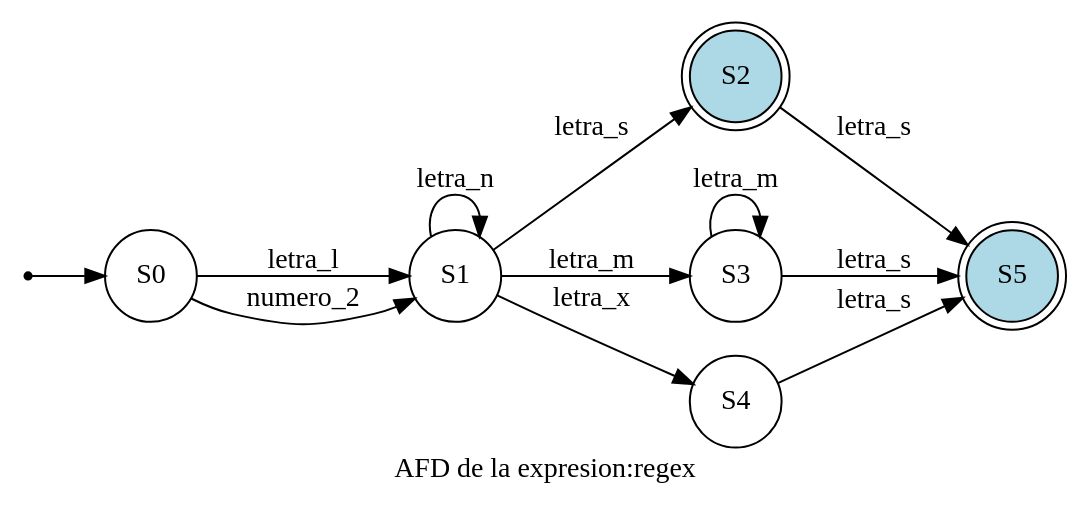
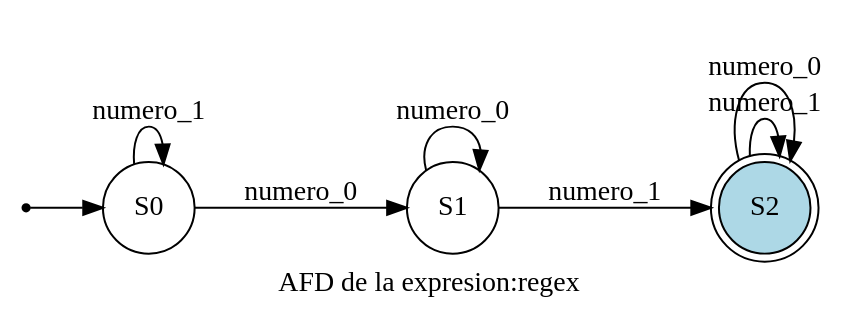
Before and after one commit to walterjav19/OLC1_202111718_Proyecto1: the diagram in src/main/java/Graphviz/AFD_regex.dot, drawn with Graphviz. The commit also changed 32 other files, not shown here.

```diff
--- a/src/main/java/Graphviz/AFD_regex.dot
+++ b/src/main/java/Graphviz/AFD_regex.dot
@@ -1,11 +1,10 @@
 digraph AFD {
     rankdir=LR;
 
 
     
     node [shape = point ]; qi
 
     node [shape = circle];qi ->S0;
-S0 -> S1 [ label = "letra_l" ];S0 -> S1 [ label = "numero_2" ];S1 -> S1 [ label = "letra_n" ];S1 -> S2 [ label = "letra_s" ];S1 -> S3 [ label = "letra_m" ];S1 -> S4 [ label = "letra_x" ];S2 [shape = doublecircle style=filled, fillcolor=lightblue];
-S2 -> S5 [ label = "letra_s" ];S3 -> S5 [ label = "letra_s" ];S3 -> S3 [ label = "letra_m" ];S4 -> S5 [ label = "letra_s" ];S5 [shape = doublecircle style=filled, fillcolor=lightblue];
-label="AFD de la expresion:regex "}
+S0 -> S0 [ label = "numero_1" ];S0 -> S1 [ label = "numero_0" ];S1 -> S2 [ label = "numero_1" ];S1 -> S1 [ label = "numero_0" ];S2 [shape = doublecircle style=filled, fillcolor=lightblue];
+S2 -> S2 [ label = "numero_1" ];S2 -> S2 [ label = "numero_0" ];label="AFD de la expresion:regex "}
```
